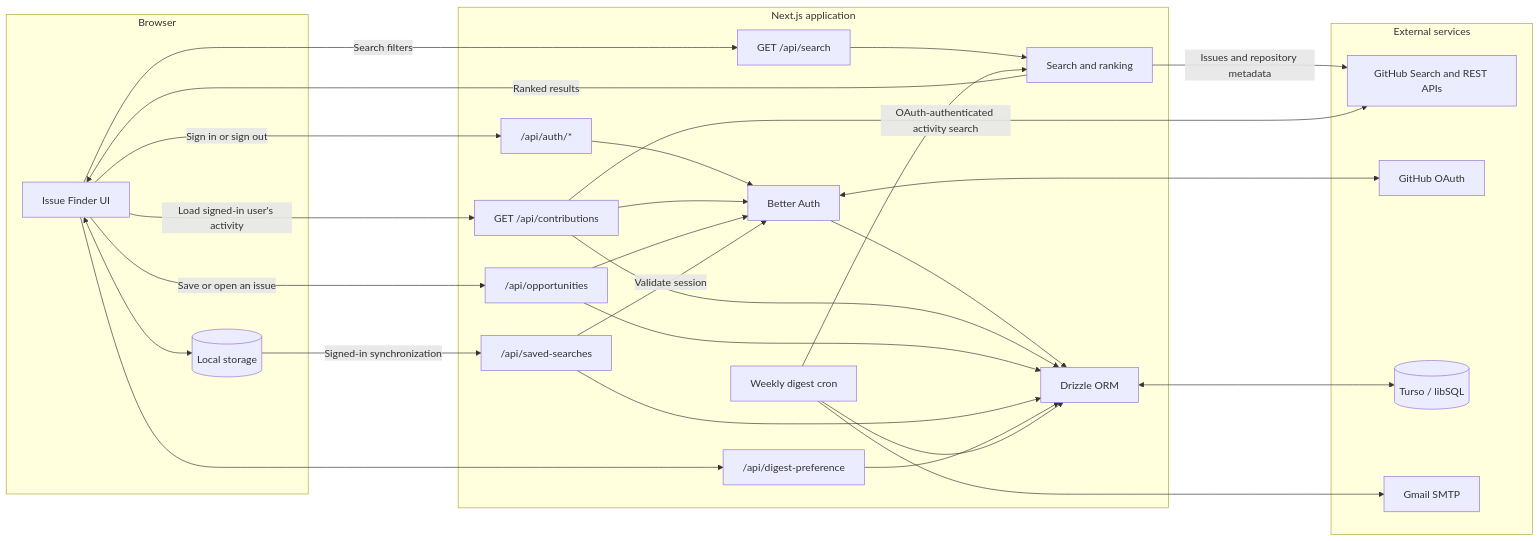
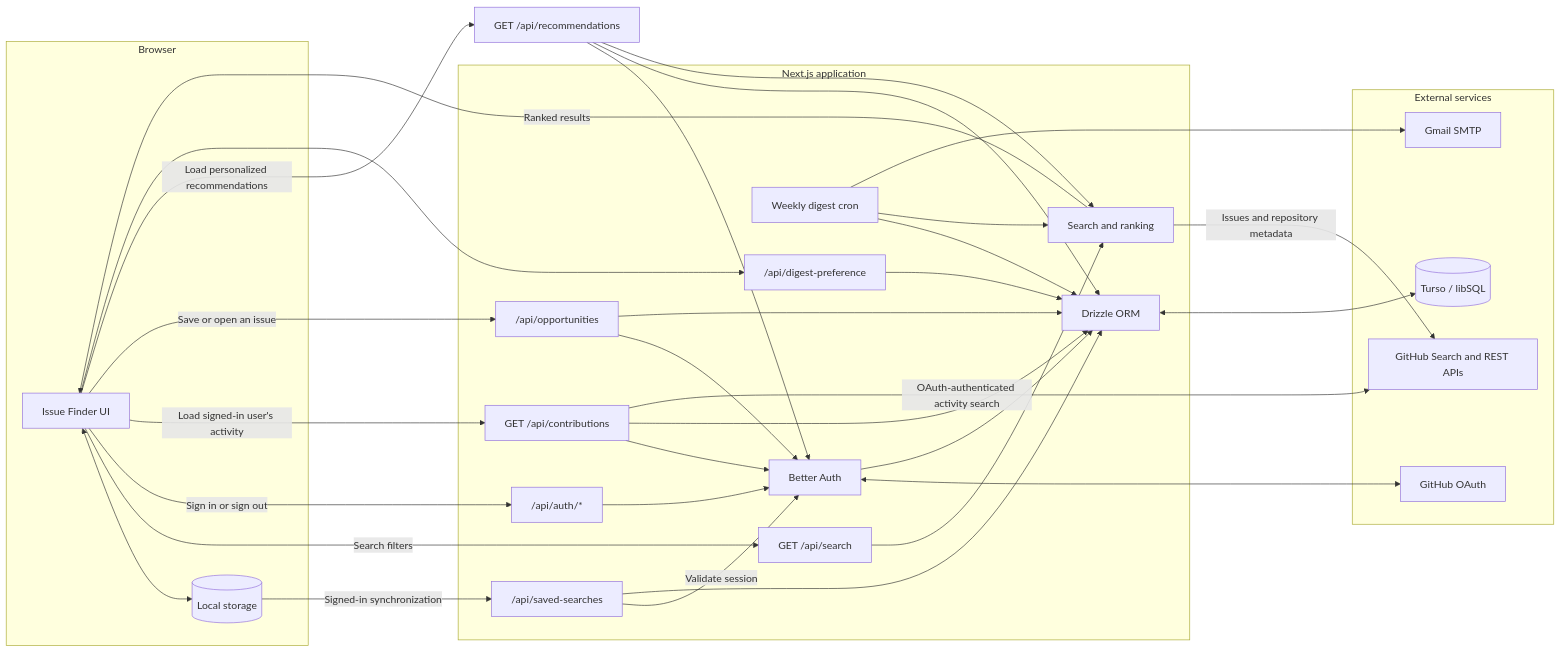
The diagram in doc/architecture.md (PramudithaN/openissue.dev), drawn with Mermaid before and after one commit. The commit also changed other lines of this file and 14 other files, not shown here.

Commit message:
feat: add personalized issue recommendations

````diff
--- a/doc/architecture.md
+++ b/doc/architecture.md
@@ -7,55 +7,59 @@
 ```mermaid
 flowchart LR
   subgraph Client[Browser]
     UI[Issue Finder UI]
     Local[(Local storage)]
     UI <--> Local
   end
 
   subgraph App[Next.js application]
     SearchAPI["GET /api/search"]
     SearchService[Search and ranking]
     AuthAPI["/api/auth/*"]
     BetterAuth[Better Auth]
     SavedAPI["/api/saved-searches"]
     ContributionAPI["GET /api/contributions"]
     OpportunityAPI["/api/opportunities"]
     DigestAPI["/api/digest-preference"]
     DigestCron["Weekly digest cron"]
     Drizzle[Drizzle ORM]
   end
 
   subgraph External[External services]
     GitHubAPI[GitHub Search and REST APIs]
     GitHubOAuth[GitHub OAuth]
     Turso[(Turso / libSQL)]
     EmailAPI[Gmail SMTP]
   end
 
   UI -->|Search filters| SearchAPI
   SearchAPI --> SearchService
   SearchService -->|Issues and repository metadata| GitHubAPI
   SearchService -->|Ranked results| UI
 
   UI -->|Sign in or sign out| AuthAPI
   AuthAPI --> BetterAuth
   BetterAuth <--> GitHubOAuth
   BetterAuth --> Drizzle
   UI -->|Load signed-in user's activity| ContributionAPI
   ContributionAPI --> BetterAuth
   ContributionAPI --> Drizzle
   ContributionAPI -->|OAuth-authenticated activity search| GitHubAPI
   UI -->|Save or open an issue| OpportunityAPI
   OpportunityAPI --> BetterAuth
   OpportunityAPI --> Drizzle
+  UI -->|Load personalized recommendations| RecommendationAPI["GET /api/recommendations"]
+  RecommendationAPI --> BetterAuth
+  RecommendationAPI --> Drizzle
+  RecommendationAPI --> SearchService
 
   Local -->|Signed-in synchronization| SavedAPI
   SavedAPI -->|Validate session| BetterAuth
   SavedAPI --> Drizzle
   UI --> DigestAPI
   DigestAPI --> Drizzle
   DigestCron --> Drizzle
   DigestCron --> SearchService
   DigestCron --> EmailAPI
   Drizzle <--> Turso
 ```
````
